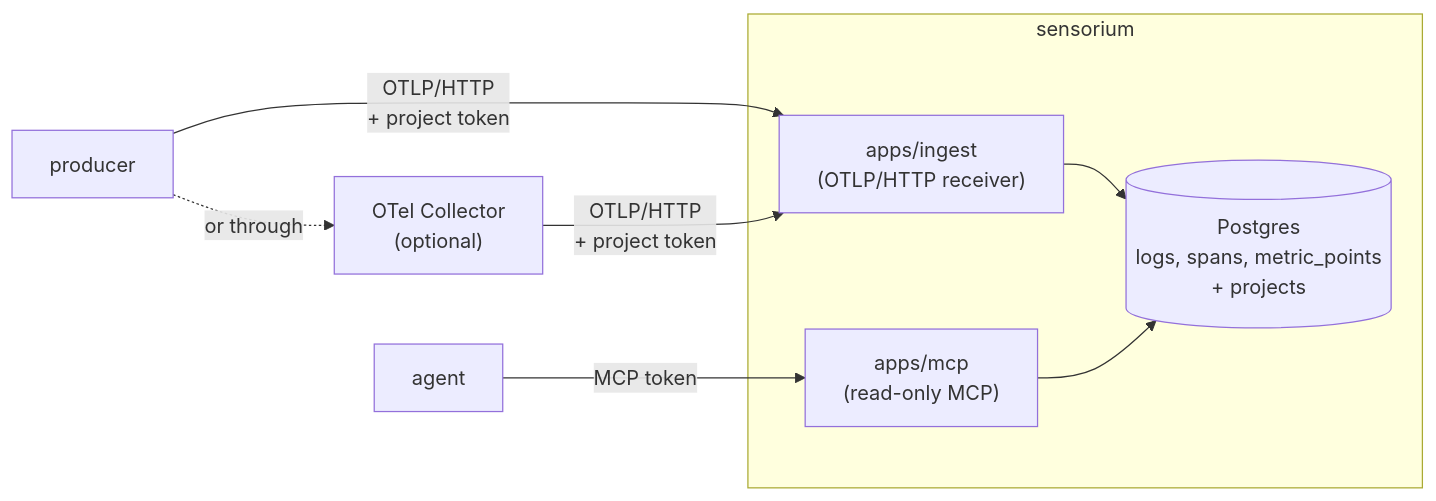
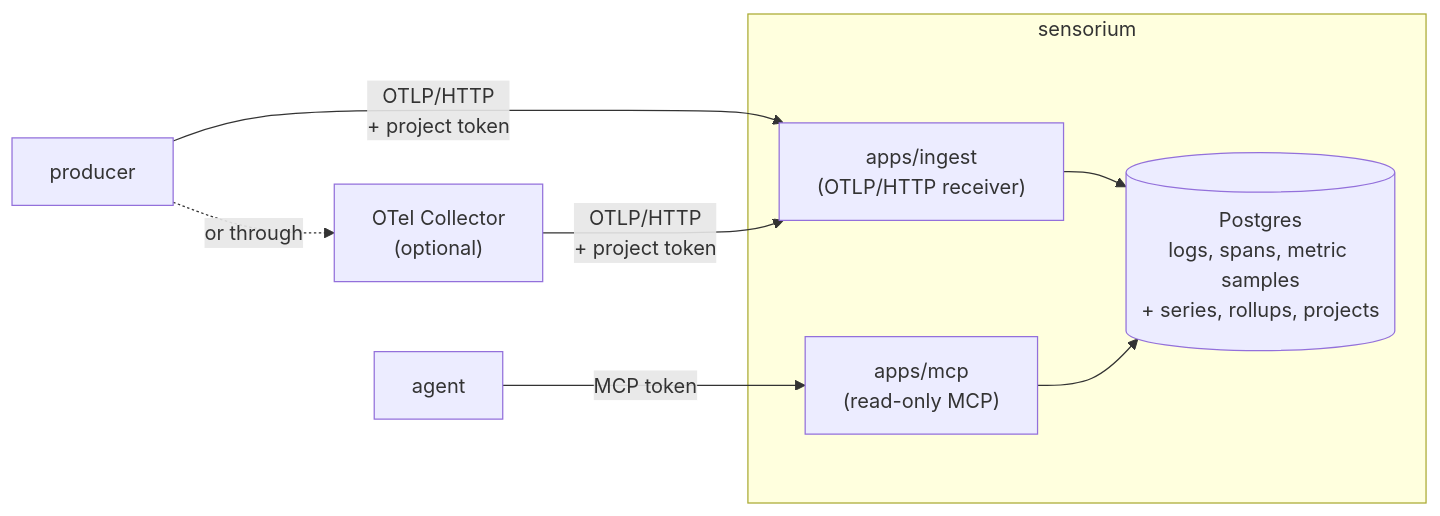
The diagram in README.zh-CN.md (zyx-tw/sensorium), drawn with Mermaid before and after one commit. The commit also changed other lines of this file and 20 other files, not shown here.

First line of the commit message:
feat(db): store each metric series once, with 5-minute rollups (#41)

````diff
--- a/README.zh-CN.md
+++ b/README.zh-CN.md
@@ -124,13 +125,13 @@
 ```mermaid
 flowchart LR
     producer["producer"] -->|"OTLP/HTTP\n+ project token"| ingest
     collector["OTel Collector\n(optional)"] -->|"OTLP/HTTP\n+ project token"| ingest
     producer -.->|"or through"| collector
 
     subgraph sensorium
-        ingest["apps/ingest\n(OTLP/HTTP receiver)"] --> pg[("Postgres\nlogs, spans, metric_points\n+ projects")]
+        ingest["apps/ingest\n(OTLP/HTTP receiver)"] --> pg[("Postgres\nlogs, spans, metric samples\n+ series, rollups, projects")]
         mcp["apps/mcp\n(read-only MCP)"] --> pg
     end
 
     agent["agent"] -->|"MCP token"| mcp
 ```
````
